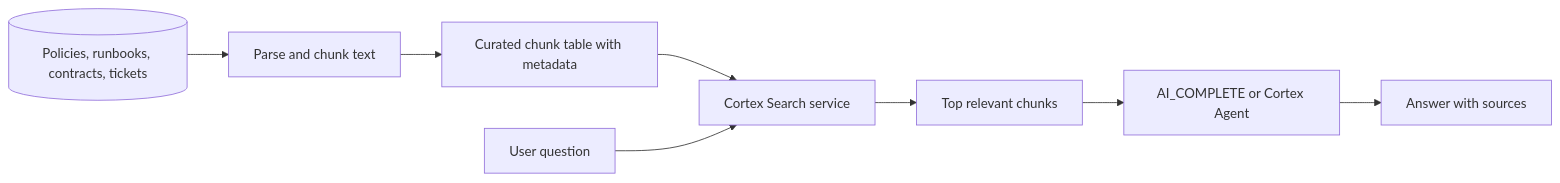
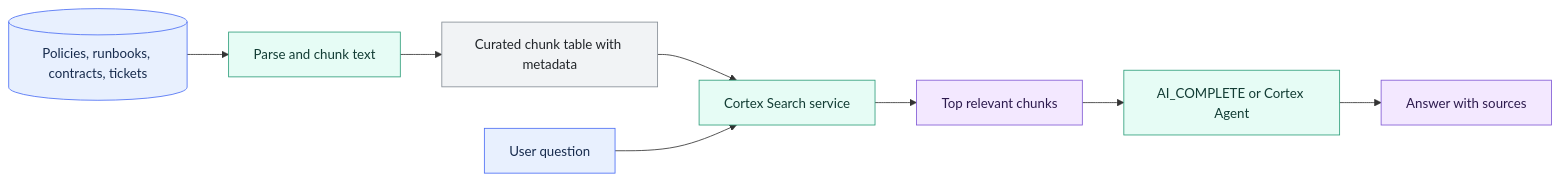
The diagram in 01 Snowflake/05 Advanced Analytics and AI/37 Cortex Search and RAG.md (shonningsoy/Upskill), drawn with Mermaid before and after one commit. The commit also changed other lines of this file and 12 other files, not shown here.

````diff
--- a/01 Snowflake/05 Advanced Analytics and AI/37 Cortex Search and RAG.md
+++ b/01 Snowflake/05 Advanced Analytics and AI/37 Cortex Search and RAG.md
@@ -68,10 +71,20 @@
 ```mermaid
 flowchart LR
     DOCS[(Policies, runbooks, contracts, tickets)] --> PARSE[Parse and chunk text]
     PARSE --> TABLE[Curated chunk table with metadata]
     TABLE --> SEARCH[Cortex Search service]
     USER[User question] --> SEARCH
     SEARCH --> CTX[Top relevant chunks]
     CTX --> LLM[AI_COMPLETE or Cortex Agent]
     LLM --> ANSWER[Answer with sources]
+
+    classDef input fill:#E8F0FE,stroke:#4C6EF5,color:#172B4D
+    classDef control fill:#FFF3BF,stroke:#D69E2E,color:#3D2E00
+    classDef snowflake fill:#E6FCF5,stroke:#2F9E7B,color:#123C34
+    classDef platform fill:#F1F3F5,stroke:#868E96,color:#212529
+    classDef output fill:#F3E8FF,stroke:#805AD5,color:#2D1B4E
+    class DOCS,USER input
+    class PARSE,SEARCH,LLM snowflake
+    class TABLE platform
+    class CTX,ANSWER output
 ```
````
